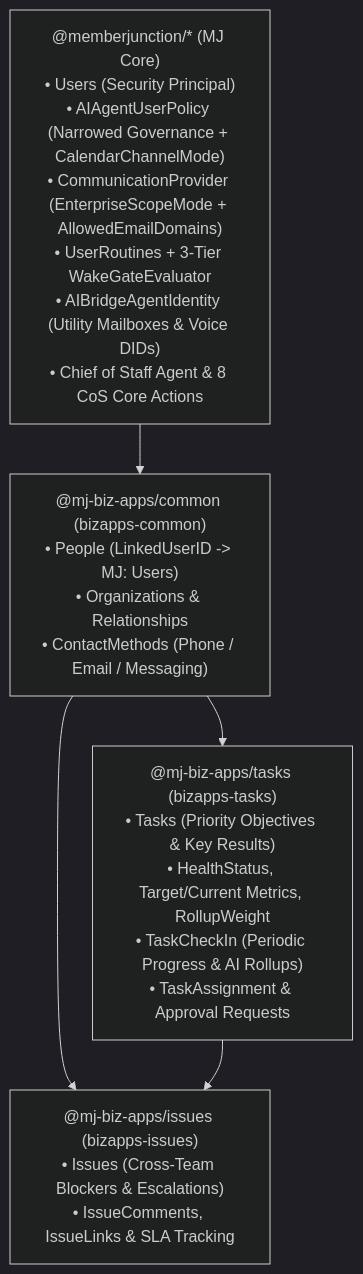
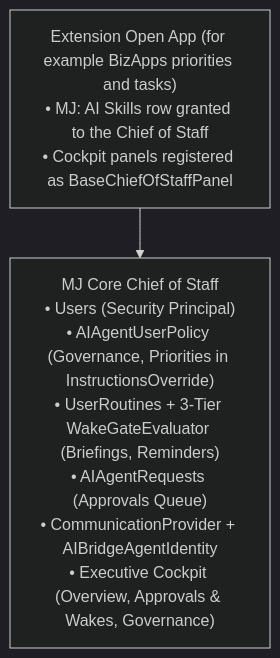
The third of 3 diagrams in guides/BUILT_IN_AGENTS_GUIDE.md (MemberJunction/MJ), drawn with Mermaid (dark theme) before and after one commit. The commit also changed other lines of this file and 21 other files, not shown here.

First line of the commit message:
refactor(chief-of-staff): core Chief of Staff without BizApps, with cockpit extension panels

````diff
--- a/guides/BUILT_IN_AGENTS_GUIDE.md
+++ b/guides/BUILT_IN_AGENTS_GUIDE.md
@@ -102,12 +102,6 @@
 ```mermaid
 flowchart TD
-    MJ["@memberjunction/* (MJ Core)<br/>• Users (Security Principal)<br/>• AIAgentUserPolicy (Narrowed Governance + CalendarChannelMode)<br/>• CommunicationProvider (EnterpriseScopeMode + AllowedEmailDomains)<br/>• UserRoutines + 3-Tier WakeGateEvaluator<br/>• AIBridgeAgentIdentity (Utility Mailboxes & Voice DIDs)<br/>• Chief of Staff Agent & 8 CoS Core Actions"]
-    Common["@mj-biz-apps/common (bizapps-common)<br/>• People (LinkedUserID -> MJ: Users)<br/>• Organizations & Relationships<br/>• ContactMethods (Phone / Email / Messaging)"]
-    Tasks["@mj-biz-apps/tasks (bizapps-tasks)<br/>• Tasks (Priority Objectives & Key Results)<br/>• HealthStatus, Target/Current Metrics, RollupWeight<br/>• TaskCheckIn (Periodic Progress & AI Rollups)<br/>• TaskAssignment & Approval Requests"]
-    Issues["@mj-biz-apps/issues (bizapps-issues)<br/>• Issues (Cross-Team Blockers & Escalations)<br/>• IssueComments, IssueLinks & SLA Tracking"]
-
-    MJ --> Common
-    Common --> Tasks
-    Common --> Issues
-    Tasks --> Issues
+    MJ["MJ Core Chief of Staff<br/>• Users (Security Principal)<br/>• AIAgentUserPolicy (Governance, Priorities in InstructionsOverride)<br/>• UserRoutines + 3-Tier WakeGateEvaluator (Briefings, Reminders)<br/>• AIAgentRequests (Approvals Queue)<br/>• CommunicationProvider + AIBridgeAgentIdentity<br/>• Executive Cockpit (Overview, Approvals & Wakes, Governance)"]
+    Ext["Extension Open App (for example BizApps priorities and tasks)<br/>• MJ: AI Skills row granted to the Chief of Staff<br/>• Cockpit panels registered as BaseChiefOfStaffPanel"]
+    Ext --> MJ
 ```
````
